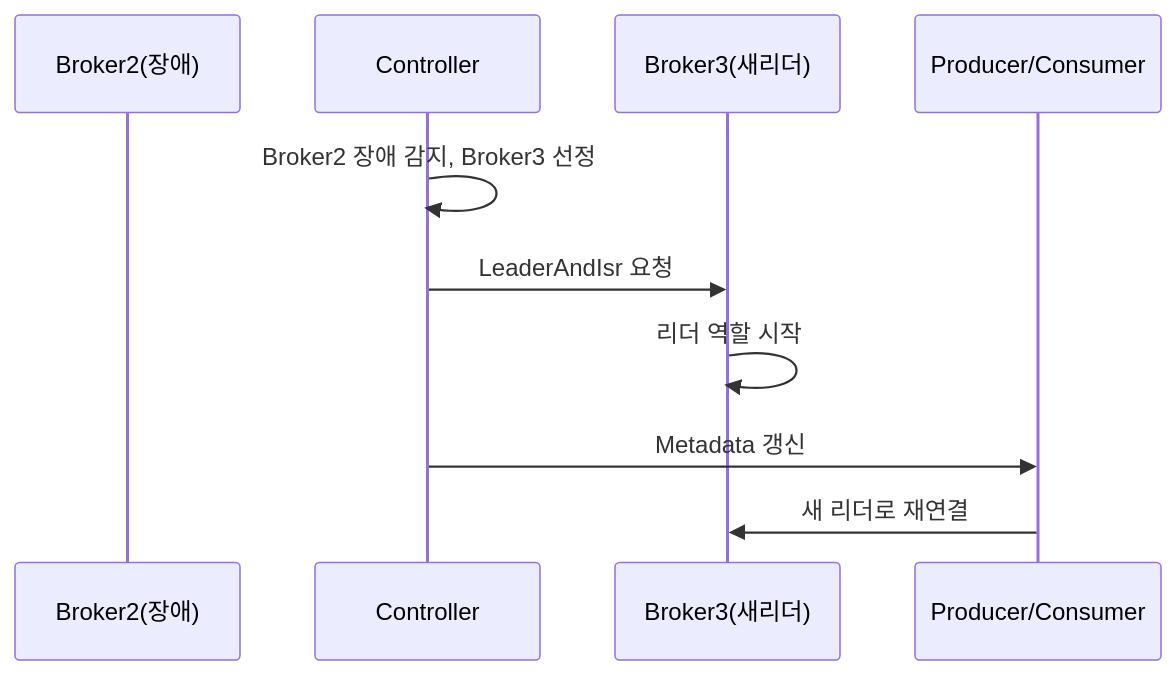
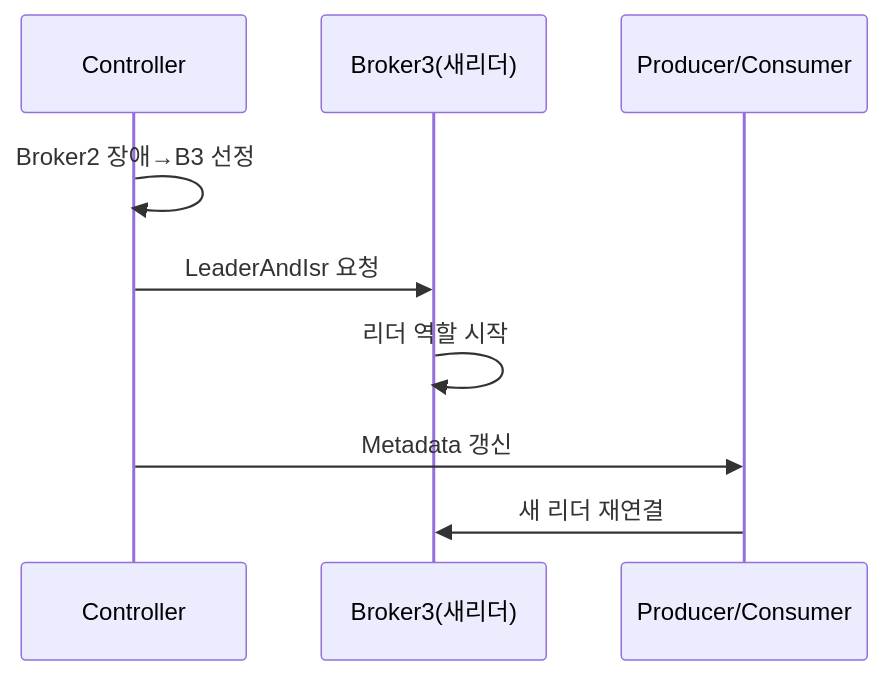
One commit to yjkim2015/yjkim2015.github.io changed the fourth of 8 diagrams in _posts/kafka/2026-05-01-kafka-broker-deep.md. Above: the diagram before and after it, drawn with Mermaid. The commit also changed 48 other files, not shown here.

First line of the commit message:
Mermaid 최종 47건 수정: participant/노드/줄수/라벨 전부 기준 이하

````diff
--- a/_posts/kafka/2026-05-01-kafka-broker-deep.md
+++ b/_posts/kafka/2026-05-01-kafka-broker-deep.md
@@ -154,12 +154,11 @@
 ```mermaid
 sequenceDiagram
-    participant B2 as Broker2(장애)
     participant C as Controller
     participant B3 as Broker3(새리더)
     participant PC as Producer/Consumer
-    C->>C: Broker2 장애 감지, Broker3 선정
+    C->>C: Broker2 장애→B3 선정
     C->>B3: LeaderAndIsr 요청
     B3->>B3: 리더 역할 시작
     C->>PC: Metadata 갱신
-    PC->>B3: 새 리더로 재연결
+    PC->>B3: 새 리더 재연결
 ```
````
